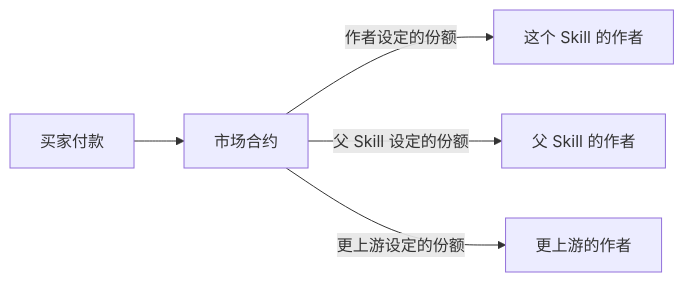
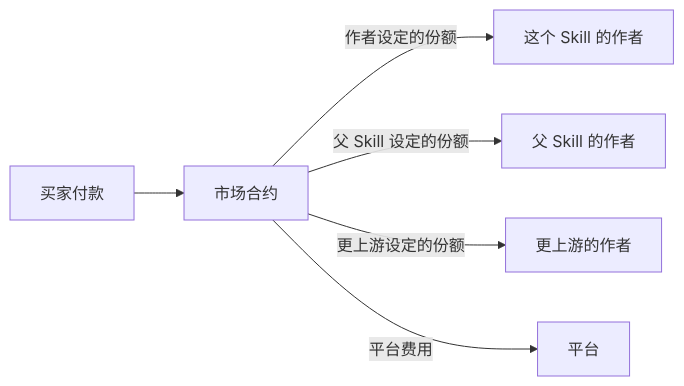
One commit to KinomotoMio/obelisk-hackathon changed the first of 2 diagrams in docs/vision/05-market-and-revenue.md. Above: the diagram before and after it, drawn with Mermaid. The commit also changed other lines of this file and 2 other files, not shown here.

````diff
--- a/docs/vision/05-market-and-revenue.md
+++ b/docs/vision/05-market-and-revenue.md
@@ -36,7 +36,8 @@
 ```mermaid
 flowchart LR
   P["买家付款"] --> M["市场合约"]
   M -- "作者设定的份额" --> A["这个 Skill 的作者"]
   M -- "父 Skill 设定的份额" --> B["父 Skill 的作者"]
   M -- "更上游设定的份额" --> C["更上游的作者"]
+  M -- "平台费用" --> O["平台"]
 ```
````
